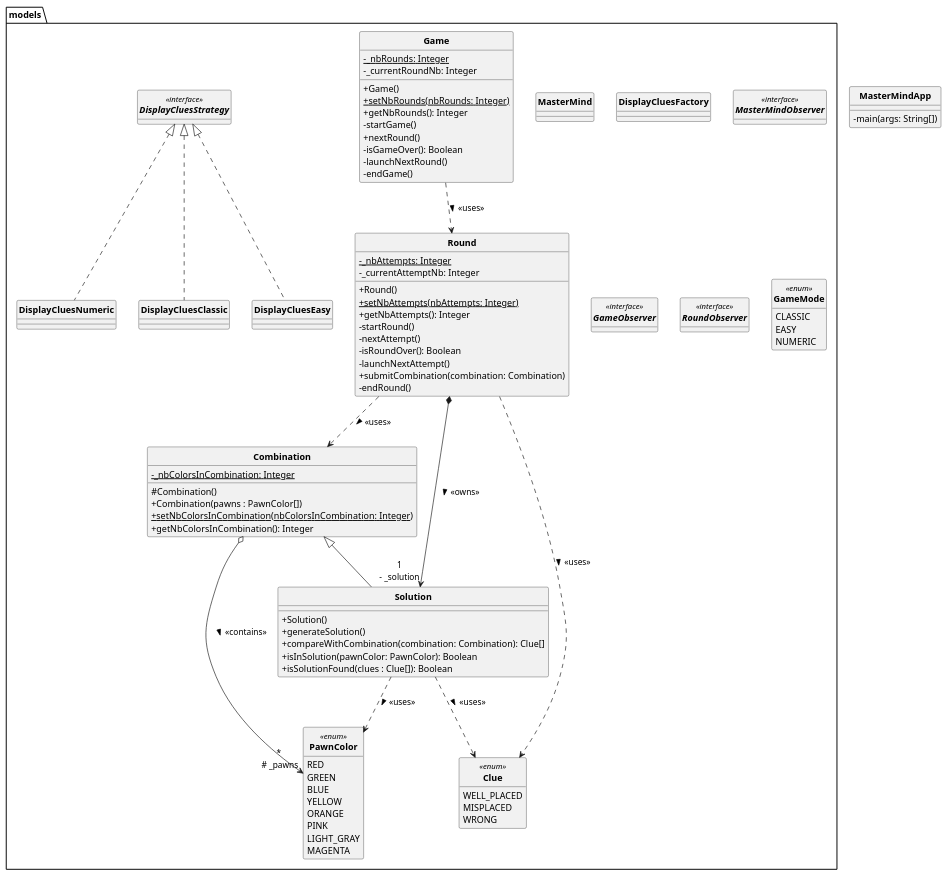
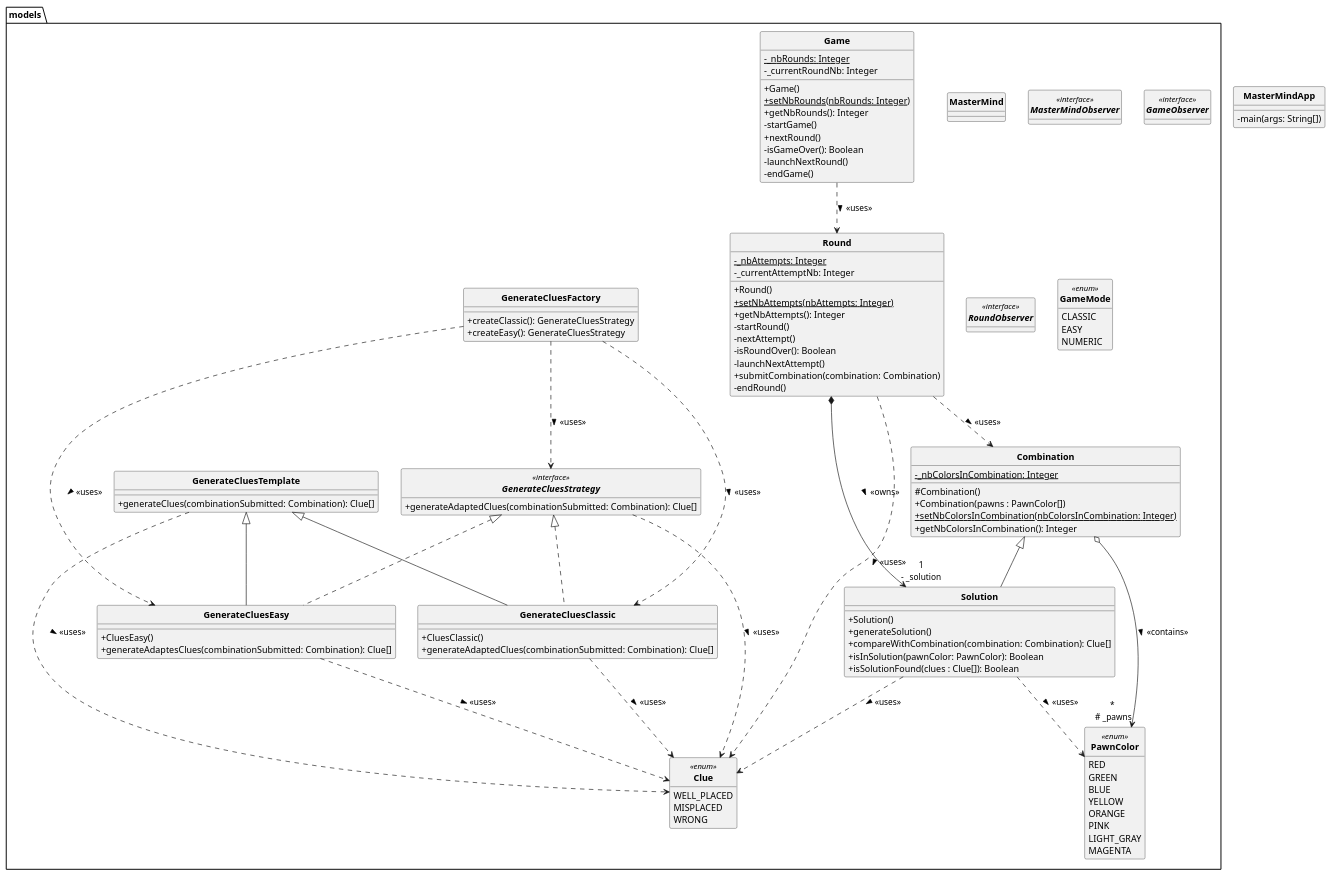
One commit to Robin3711/mastermind changed the diagram in diags/masterMindFirstDiag.puml. Above: the diagram before and after it, drawn with PlantUML.

Commit message:
Mise à jour de l'UML

```diff
--- a/diags/masterMindFirstDiag.puml
+++ b/diags/masterMindFirstDiag.puml
@@ -1,192 +1,137 @@
 @startuml
 
 skinparam style strictuml
 skinparam classAttributeIconSize 0
 skinparam classFontStyle Bold
 hide enum methods
 hide interface attributes
-
-/'
-Main :
-    - MasterMindApp
-
-Views :
-    Classes :
-        - MenuWindowView
-        - SettingsWindowView
-        - GameWindowView
-        - EndWindowView
-    Interfaces :
-        /
-    Enums :
-        /
-
-Controllers :
-    Classes :
-        - MasterMindController
-        - GameController
-    Interfaces :
-        /
-    Enums :
-        /
-
-Models :
-    Classes
-        - MasterMind
-        - Game
-        - Round
-        - Combination
-        - Solution
-        - DisplayCluesFactory
-        - DisplayCluesClassic
-        - DisplayCluesEasy
-        - DisplayCluesNumeric
-    Interfaces
-        - DisplayCluesStrategy
-        - MasterMindObserver
-        - GameObserver
-        - RoundObserver
-    Enums
-        - PawnColor
-        - GameMode
-        - Clue
-'/
 
 class MasterMindApp {
     - main(args: String[])
 }
 
 package models {
     class MasterMind {}
     class Game {
         - {static} _nbRounds: Integer
         - _currentRoundNb: Integer
         + Game()
         + {static} setNbRounds(nbRounds: Integer)
         'Pas encore utilisé, à supprimer ?
         + getNbRounds(): Integer
         - startGame()
         + nextRound()
         - isGameOver(): Boolean
         - launchNextRound()
         - endGame()
     }
     class Round {
         - {static} _nbAttempts: Integer
         - _currentAttemptNb: Integer
         + Round()
         + {static} setNbAttempts(nbAttempts: Integer)
         'Pas encore utilisé, à supprimer ?
         + getNbAttempts(): Integer
         - startRound()
         - nextAttempt()
         - isRoundOver(): Boolean
         - launchNextAttempt()
         + submitCombination(combination: Combination)
         - endRound()
     }
     class Combination {
         - {static} _nbColorsInCombination: Integer
         # Combination()
         + Combination(pawns : PawnColor[])
         + {static} setNbColorsInCombination(nbColorsInCombination: Integer)
         + getNbColorsInCombination(): Integer
     }
     class Solution extends Combination {
         + Solution()
         + generateSolution()
         + compareWithCombination(combination: Combination): Clue[]
         + isInSolution(pawnColor: PawnColor): Boolean
         + isSolutionFound(clues : Clue[]): Boolean
     }
-    class DisplayCluesFactory {}
-    class DisplayCluesClassic implements DisplayCluesStrategy {}
-    class DisplayCluesEasy implements DisplayCluesStrategy {}
-    class DisplayCluesNumeric implements DisplayCluesStrategy {}
+    class GenerateCluesFactory {
+        + createClassic(): GenerateCluesStrategy
+        + createEasy(): GenerateCluesStrategy
+    }
+    class GenerateCluesClassic extends GenerateCluesTemplate implements GenerateCluesStrategy {
+        + CluesClassic()
+        + generateAdaptedClues(combinationSubmitted: Combination): Clue[]
+    }
+    class GenerateCluesEasy extends GenerateCluesTemplate implements GenerateCluesStrategy {
+        + CluesEasy()
+        + generateAdaptesClues(combinationSubmitted: Combination): Clue[]
+    }
+    class GenerateCluesTemplate {
+        + generateClues(combinationSubmitted: Combination): Clue[]
+    }
 
-    interface DisplayCluesStrategy <<interface>> {
+    interface GenerateCluesStrategy <<interface>> {
+        + generateAdaptedClues(combinationSubmitted: Combination): Clue[]
     }
     interface MasterMindObserver <<interface>> {}
     interface GameObserver <<interface>> {}
     interface RoundObserver <<interface>> {}
 
-    'Baisser le nombre de couleurs à 9 (8 + 1 pour le vide), ou 8 (rien pour le vide)
     enum PawnColor <<enum>> {
         RED
         GREEN
         BLUE
         YELLOW
         ORANGE
         PINK
         LIGHT_GRAY
         MAGENTA
     }
     enum GameMode <<enum>> {
         CLASSIC
         EASY
         NUMERIC
     }
     enum Clue <<enum>> {
         WELL_PLACED
         MISPLACED
         WRONG
     }
 }
 
 'Relations
 
-'Main
-
-
-
 'Models
-'MasterMind
-
 
 'Game
 Game ..> Round : > <<uses>>
 
 'Round
 Round *--> "1\n- _solution" Solution : > <<owns>>
 Round ..> Combination : > <<uses>>
 Round ..> Clue : > <<uses>>
 
 'Combination
 Combination o--> "*\n # _pawns" PawnColor : > <<contains>>
 
 'Solution
 Solution ..> PawnColor : > <<uses>>
 Solution ..> Clue : > <<uses>>
 
-'Clue
+'GenerateCluesFactory
+GenerateCluesFactory ..> GenerateCluesClassic : > <<uses>>
+GenerateCluesFactory ..> GenerateCluesEasy : > <<uses>>
+GenerateCluesFactory ..> GenerateCluesStrategy : > <<uses>>
 
-'DisplayCluesFactory
+'GenerateCluesClassic
+GenerateCluesClassic ..> Clue : > <<uses>>
 
+'GenerateCluesEasy
+GenerateCluesEasy ..> Clue : > <<uses>>
 
-'DisplayCluesClassic
+'GenerateCluesStrategy
+GenerateCluesStrategy ..> Clue : > <<uses>>
 
-
-'DisplayCluesEasy
-
-
-'DisplayCluesNumeric
-
-
-'DisplayCluesStrategy
-
-
-'MasterMindObserver
-
-
-'GameObserver
-
-
-'RoundObserver
-
-
-'PawnColor
-
-
-'GameMode
+'GenerateCluesTemplate
+GenerateCluesTemplate ..> Clue : > <<uses>>
 
 @enduml
```
